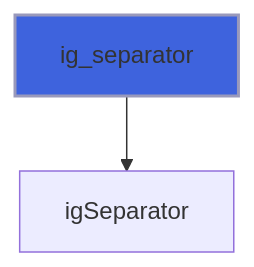
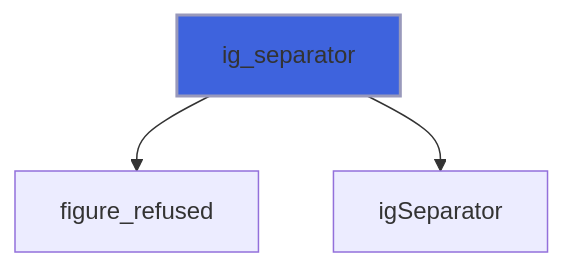
Before and after one commit to szaghi/figure: diagram 16 of 39 in docs/api/src/lib/figure_imgui.md, drawn with Mermaid. The commit also changed other lines of this file and 10 other files, not shown here.

````diff
--- a/docs/api/src/lib/figure_imgui.md
+++ b/docs/api/src/lib/figure_imgui.md
@@ -470,5 +504,6 @@
 ```mermaid
 flowchart TD
+  ig_separator["ig_separator"] --> figure_refused["figure_refused"]
   ig_separator["ig_separator"] --> igSeparator["igSeparator"]
   style ig_separator fill:#3e63dd,stroke:#99b,stroke-width:2px
 ```
````
